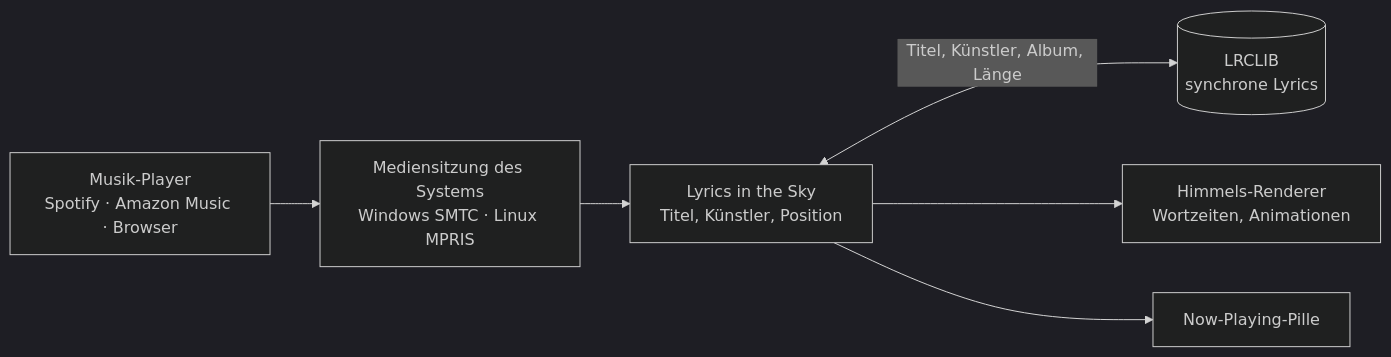
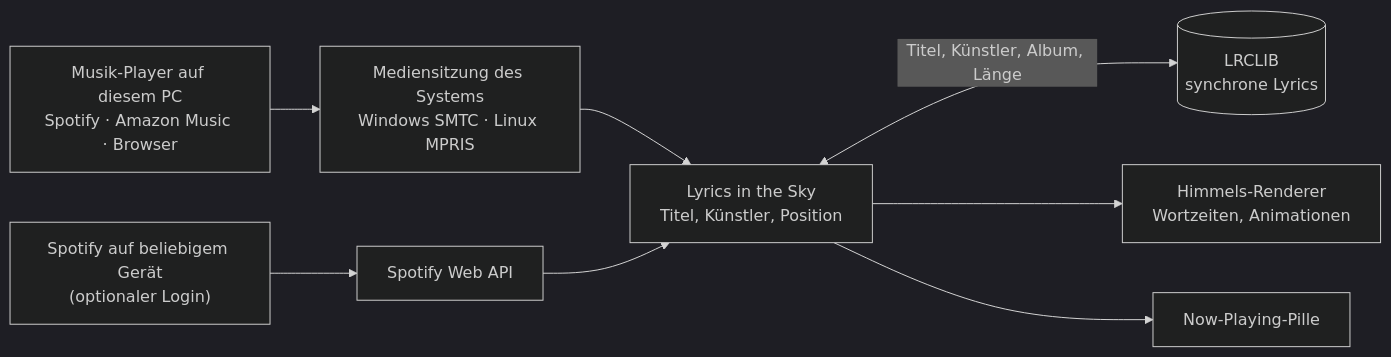
One commit to Henner4746/lyrics-in-the-sky changed the diagram in README.de.md. Above: the diagram before and after it, drawn with Mermaid (dark theme). The commit also changed other lines of this file and 27 other files, not shown here.

First line of the commit message:
feat: settings screen, around-you mode and optional Spotify login (1.1.0)

````diff
--- a/README.de.md
+++ b/README.de.md
@@ -81,8 +117,10 @@
 ```mermaid
 flowchart LR
-    A["Musik-Player<br/>Spotify · Amazon Music · Browser"] --> B["Mediensitzung des Systems<br/>Windows SMTC · Linux MPRIS"]
+    A["Musik-Player auf diesem PC<br/>Spotify · Amazon Music · Browser"] --> B["Mediensitzung des Systems<br/>Windows SMTC · Linux MPRIS"]
     B --> C["Lyrics in the Sky<br/>Titel, Künstler, Position"]
+    G["Spotify auf beliebigem Gerät<br/>(optionaler Login)"] --> H["Spotify Web API"]
+    H --> C
     C <-->|"Titel, Künstler, Album, Länge"| D[("LRCLIB<br/>synchrone Lyrics")]
     C --> E["Himmels-Renderer<br/>Wortzeiten, Animationen"]
     C --> F["Now-Playing-Pille"]
 ```
````
